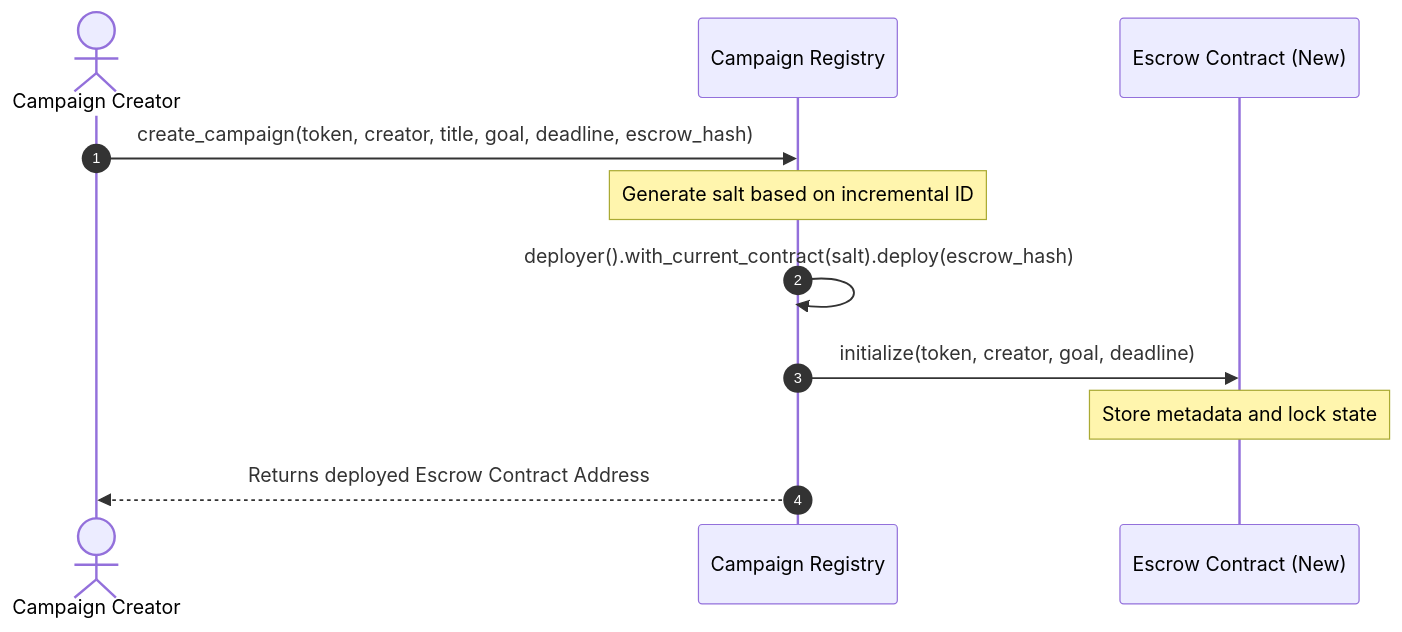
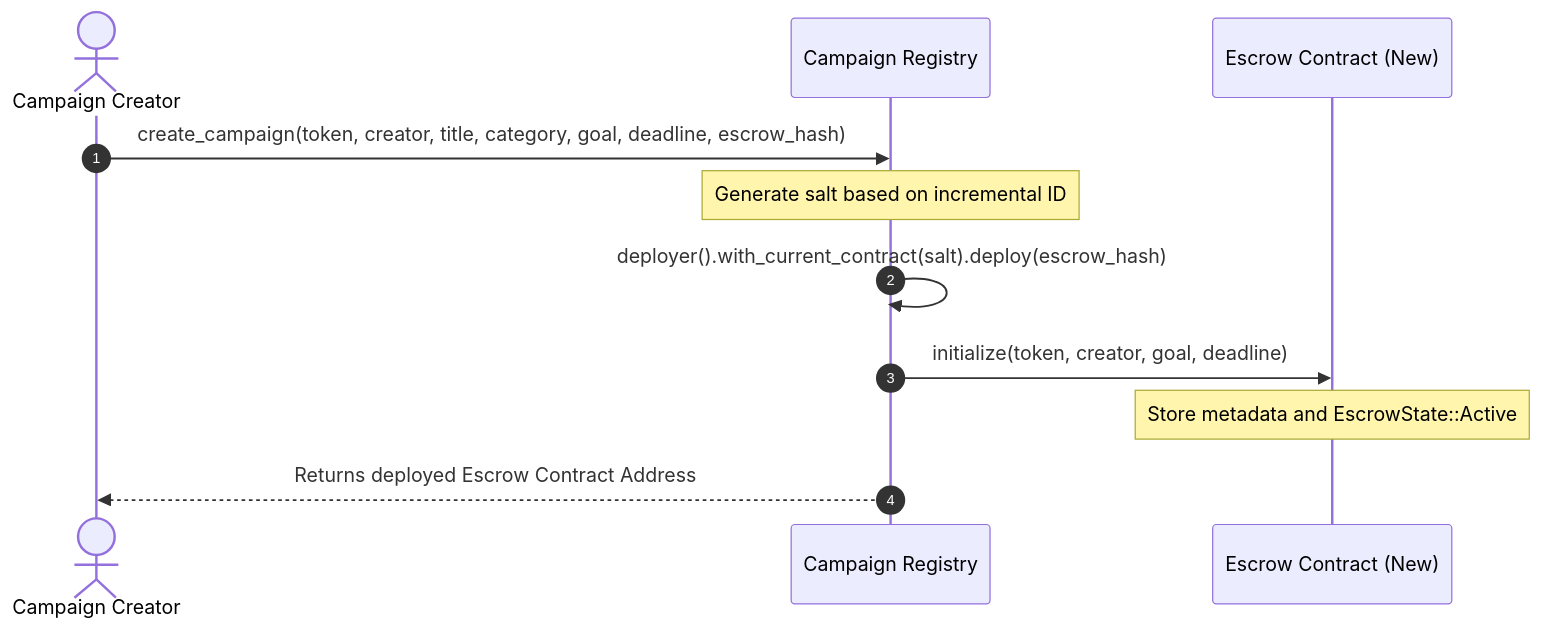
One commit to daman-21-deep/FundForge changed the second of 2 diagrams in README.md. Above: the diagram before and after it, drawn with Mermaid. The commit also changed other lines of this file, not shown here.

````diff
--- a/README.md
+++ b/README.md
@@ -90,14 +92,14 @@
 ```mermaid
 sequenceDiagram
     autonumber
     actor Creator as Campaign Creator
     participant Registry as Campaign Registry
     participant Escrow as Escrow Contract (New)
     
-    Creator->>Registry: create_campaign(token, creator, title, goal, deadline, escrow_hash)
+    Creator->>Registry: create_campaign(token, creator, title, category, goal, deadline, escrow_hash)
     Note over Registry: Generate salt based on incremental ID
     Registry->>Registry: deployer().with_current_contract(salt).deploy(escrow_hash)
     Registry->>Escrow: initialize(token, creator, goal, deadline)
-    Note over Escrow: Store metadata and lock state
+    Note over Escrow: Store metadata and EscrowState::Active
     Registry-->>Creator: Returns deployed Escrow Contract Address
 ```
````
